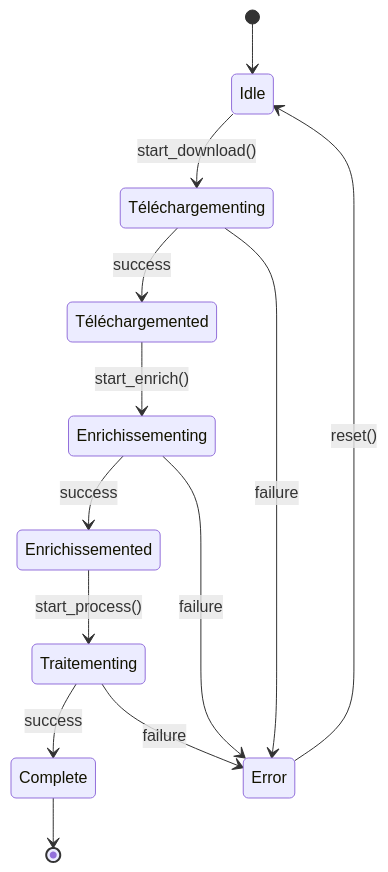
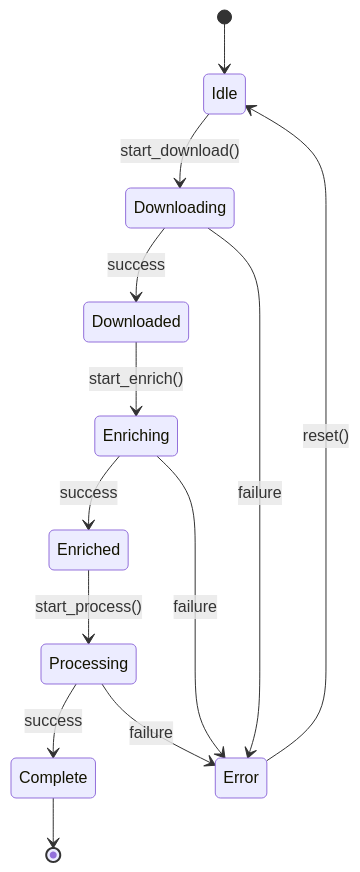
Before and after one commit to sducournau/IGN_LIDAR_HD_DATASET: the ninth of 12 diagrams in website/i18n/fr/docusaurus-plugin-content-docs/current/mermaid-reference.md, drawn with Mermaid. The commit also changed other lines of this file and 145 other files, not shown here.

````diff
--- a/website/i18n/fr/docusaurus-plugin-content-docs/current/mermaid-reference.md
+++ b/website/i18n/fr/docusaurus-plugin-content-docs/current/mermaid-reference.md
@@ -191,16 +200,16 @@
 ```mermaid
 stateDiagram-v2
     [*] --> Idle
-    Idle --> Téléchargementing : start_download()
-    Téléchargementing --> Téléchargemented : success
-    Téléchargemented --> Enrichissementing : start_enrich()
-    Enrichissementing --> Enrichissemented : success
-    Enrichissemented --> Traitementing : start_process()
-    Traitementing --> Complete : success
+    Idle --> Downloading : start_download()
+    Downloading --> Downloaded : success
+    Downloaded --> Enriching : start_enrich()
+    Enriching --> Enriched : success
+    Enriched --> Processing : start_process()
+    Processing --> Complete : success
     Complete --> [*]
 
-    Téléchargementing --> Error : failure
-    Enrichissementing --> Error : failure
-    Traitementing --> Error : failure
+    Downloading --> Error : failure
+    Enriching --> Error : failure
+    Processing --> Error : failure
     Error --> Idle : reset()
 ```
````
